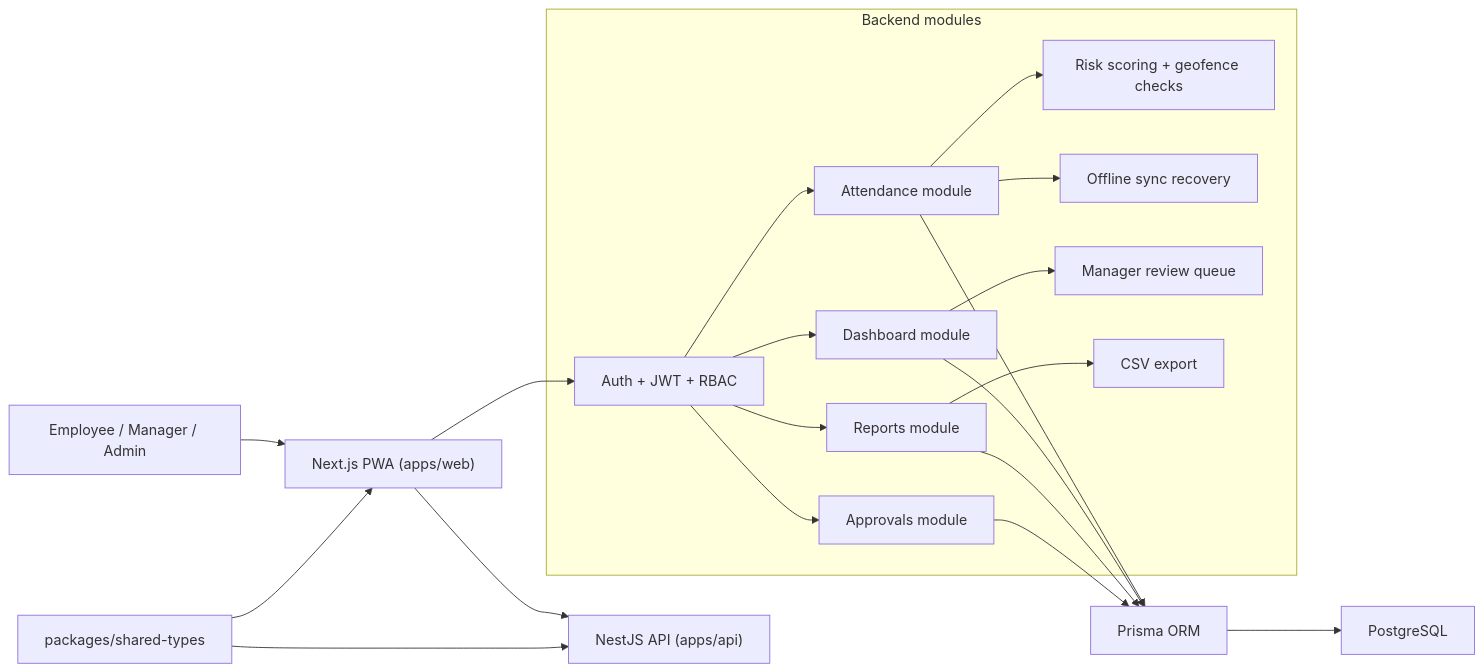
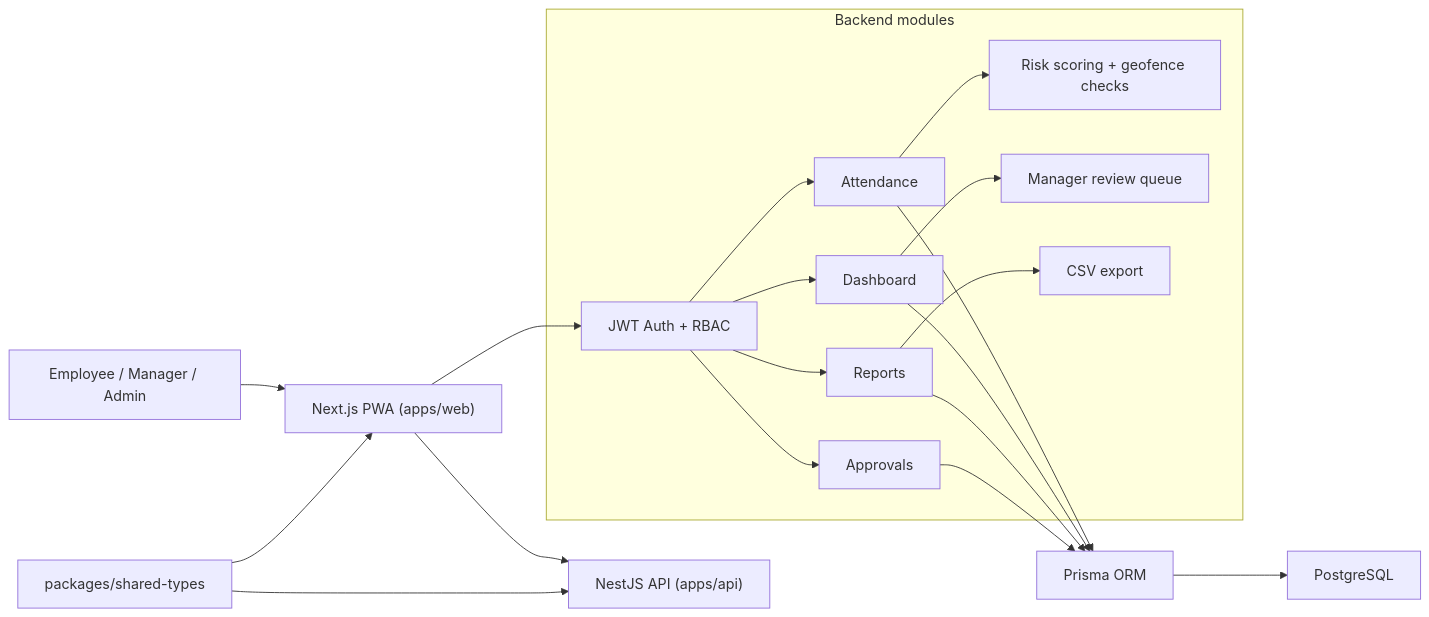
The first of 2 diagrams in README.md (tanthanhkid/smart-attendance-pwa-docs), drawn with Mermaid before and after one commit. The commit also changed other lines of this file, not shown here.

````diff
--- a/README.md
+++ b/README.md
@@ -54,26 +58,25 @@
 ```mermaid
 flowchart LR
-    Employee["Employee / Manager / Admin"] --> Web["Next.js PWA (apps/web)"]
-    Web --> Auth["Auth + JWT + RBAC"]
+    User["Employee / Manager / Admin"] --> Web["Next.js PWA (apps/web)"]
+    Web --> Auth["JWT Auth + RBAC"]
     Web --> API["NestJS API (apps/api)"]
 
     subgraph Backend["Backend modules"]
-        Auth --> Attendance["Attendance module"]
-        Auth --> Dashboard["Dashboard module"]
-        Auth --> Reports["Reports module"]
-        Auth --> Approvals["Approvals module"]
+        Auth --> Attendance["Attendance"]
+        Auth --> Dashboard["Dashboard"]
+        Auth --> Reports["Reports"]
+        Auth --> Approvals["Approvals"]
         Attendance --> Risk["Risk scoring + geofence checks"]
-        Attendance --> Offline["Offline sync recovery"]
         Dashboard --> Review["Manager review queue"]
         Reports --> Export["CSV export"]
     end
 
     Attendance --> Prisma["Prisma ORM"]
     Dashboard --> Prisma
     Reports --> Prisma
     Approvals --> Prisma
     Prisma --> Postgres["PostgreSQL"]
 
     Shared["packages/shared-types"] --> Web
     Shared --> API
 ```
````
